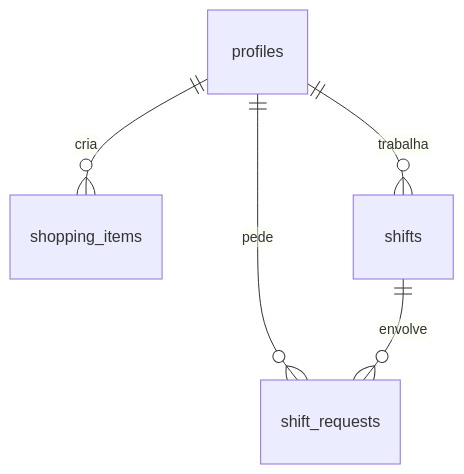
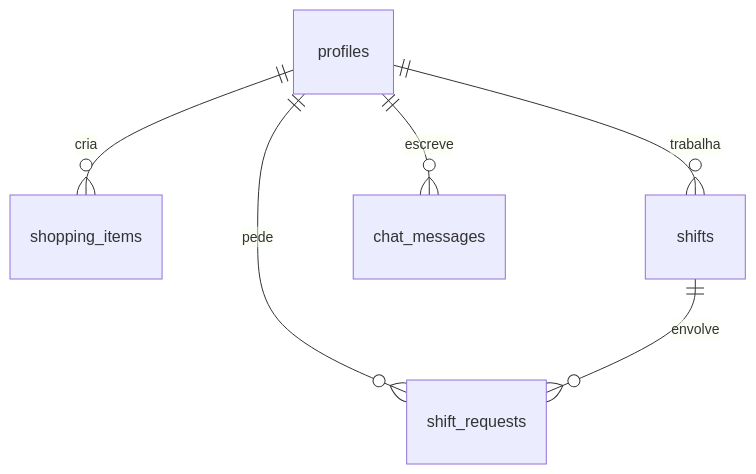
Before and after one commit to casacoffeecolabcolabshop/gestao: the diagram in docs/04_MODELAGEM/README.md, drawn with Mermaid. The commit also changed other lines of this file and 67 other files, not shown here.

````diff
--- a/docs/04_MODELAGEM/README.md
+++ b/docs/04_MODELAGEM/README.md
@@ -5,7 +5,8 @@
 ```mermaid
 erDiagram
   profiles ||--o{ shopping_items : cria
   profiles ||--o{ shifts : trabalha
   profiles ||--o{ shift_requests : pede
   shifts ||--o{ shift_requests : envolve
+  profiles ||--o{ chat_messages : escreve
 ```
````
